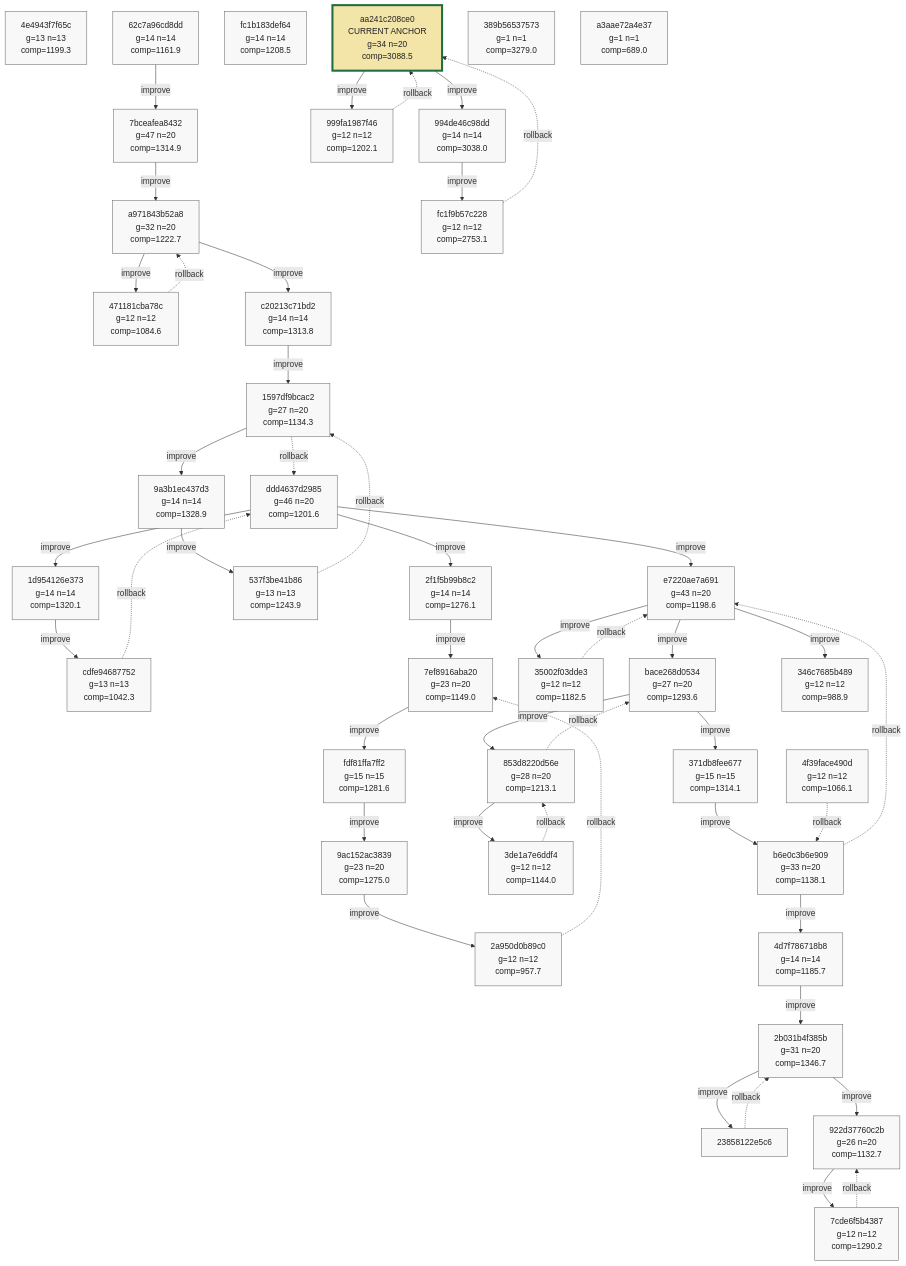
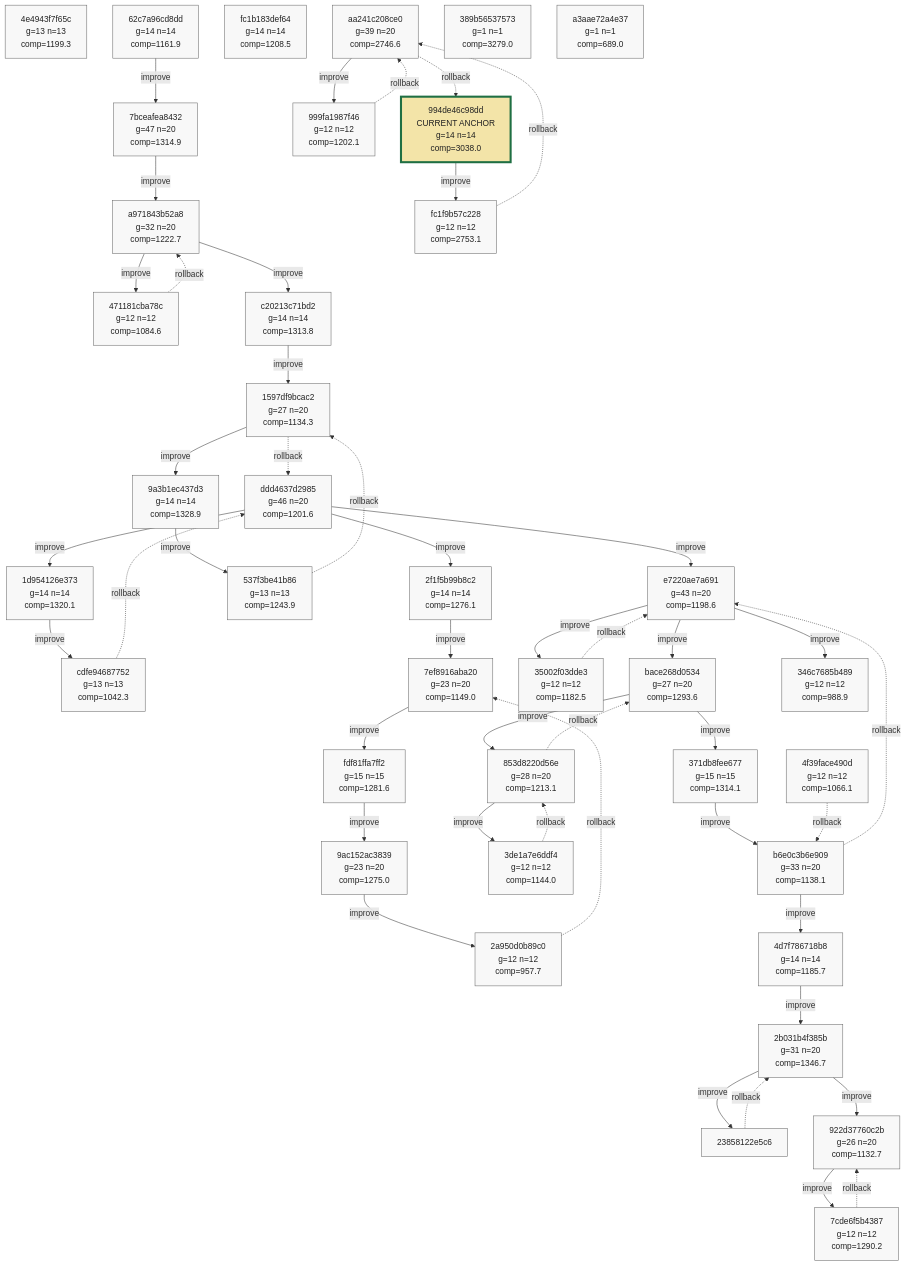
Before and after one commit to azumag/soviet_now: the ninth of 9 diagrams in phyrogenetic-tree.md, drawn with Mermaid. The commit also changed other lines of this file and 2 other files, not shown here.

```diff
--- a/phyrogenetic-tree.md
+++ b/phyrogenetic-tree.md
@@ -2276,9 +2276,9 @@
     h_fc1b183def64["fc1b183def64<br/>g=14 n=14<br/>comp=1208.5"]
     h_4f39face490d["4f39face490d<br/>g=12 n=12<br/>comp=1066.1"]
     h_346c7685b489["346c7685b489<br/>g=12 n=12<br/>comp=988.9"]
-    h_aa241c208ce0["aa241c208ce0<br/>CURRENT ANCHOR<br/>g=34 n=20<br/>comp=3088.5"]
+    h_aa241c208ce0["aa241c208ce0<br/>g=39 n=20<br/>comp=2746.6"]
     h_999fa1987f46["999fa1987f46<br/>g=12 n=12<br/>comp=1202.1"]
-    h_994de46c98dd["994de46c98dd<br/>g=14 n=14<br/>comp=3038.0"]
+    h_994de46c98dd["994de46c98dd<br/>CURRENT ANCHOR<br/>g=14 n=14<br/>comp=3038.0"]
     h_fc1f9b57c228["fc1f9b57c228<br/>g=12 n=12<br/>comp=2753.1"]
     h_389b56537573["389b56537573<br/>g=1 n=1<br/>comp=3279.0"]
     h_a3aae72a4e37["a3aae72a4e37<br/>g=1 n=1<br/>comp=689.0"]
@@ -2324,9 +2324,9 @@
     h_e7220ae7a691 -->|improve| h_346c7685b489
     h_aa241c208ce0 -->|improve| h_999fa1987f46
     h_999fa1987f46 -. rollback .-> h_aa241c208ce0
-    h_aa241c208ce0 -->|improve| h_994de46c98dd
     h_994de46c98dd -->|improve| h_fc1f9b57c228
     h_fc1f9b57c228 -. rollback .-> h_aa241c208ce0
+    h_aa241c208ce0 -. rollback .-> h_994de46c98dd
 
     classDef plain fill:#f8f8f8,stroke:#666,stroke-width:1px,color:#222;
     classDef current fill:#ffe8a3,stroke:#9a6700,stroke-width:3px,color:#222;
@@ -2365,9 +2365,9 @@
     class h_fc1b183def64 plain;
     class h_4f39face490d plain;
     class h_346c7685b489 plain;
-    class h_aa241c208ce0 current_anchor;
+    class h_aa241c208ce0 plain;
     class h_999fa1987f46 plain;
-    class h_994de46c98dd plain;
+    class h_994de46c98dd current_anchor;
     class h_fc1f9b57c228 plain;
     class h_389b56537573 plain;
     class h_a3aae72a4e37 plain;
```
